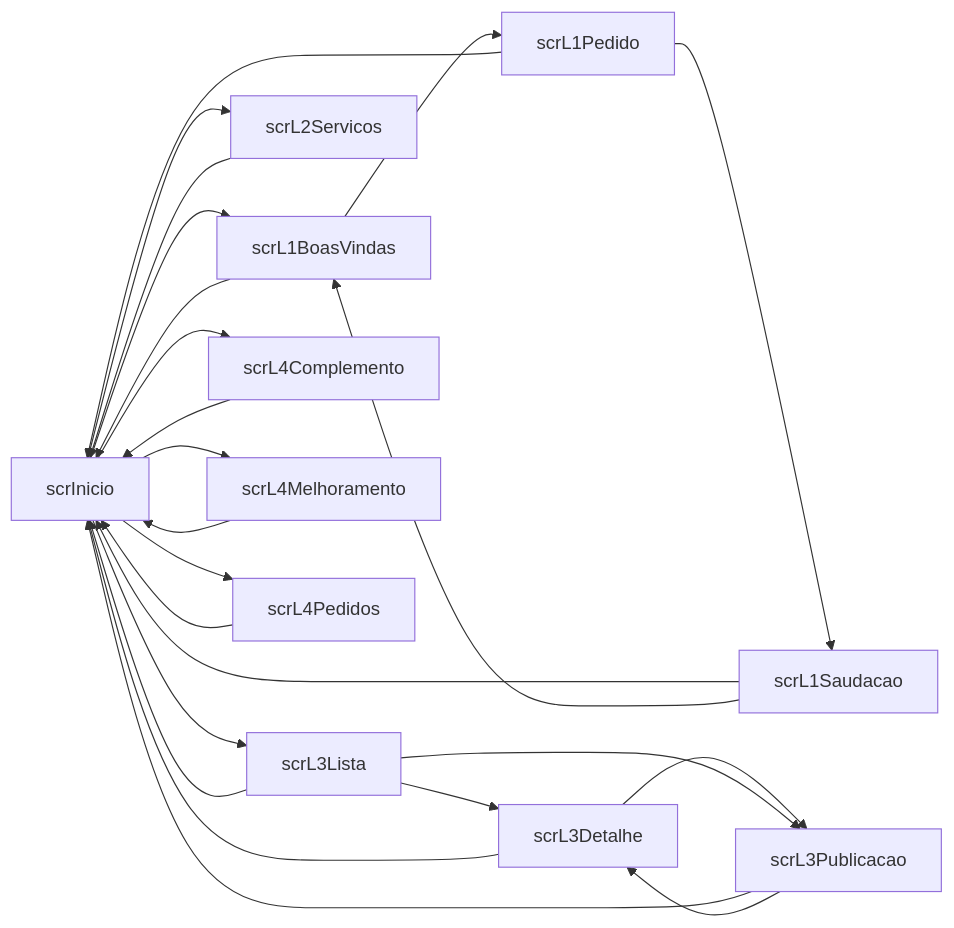
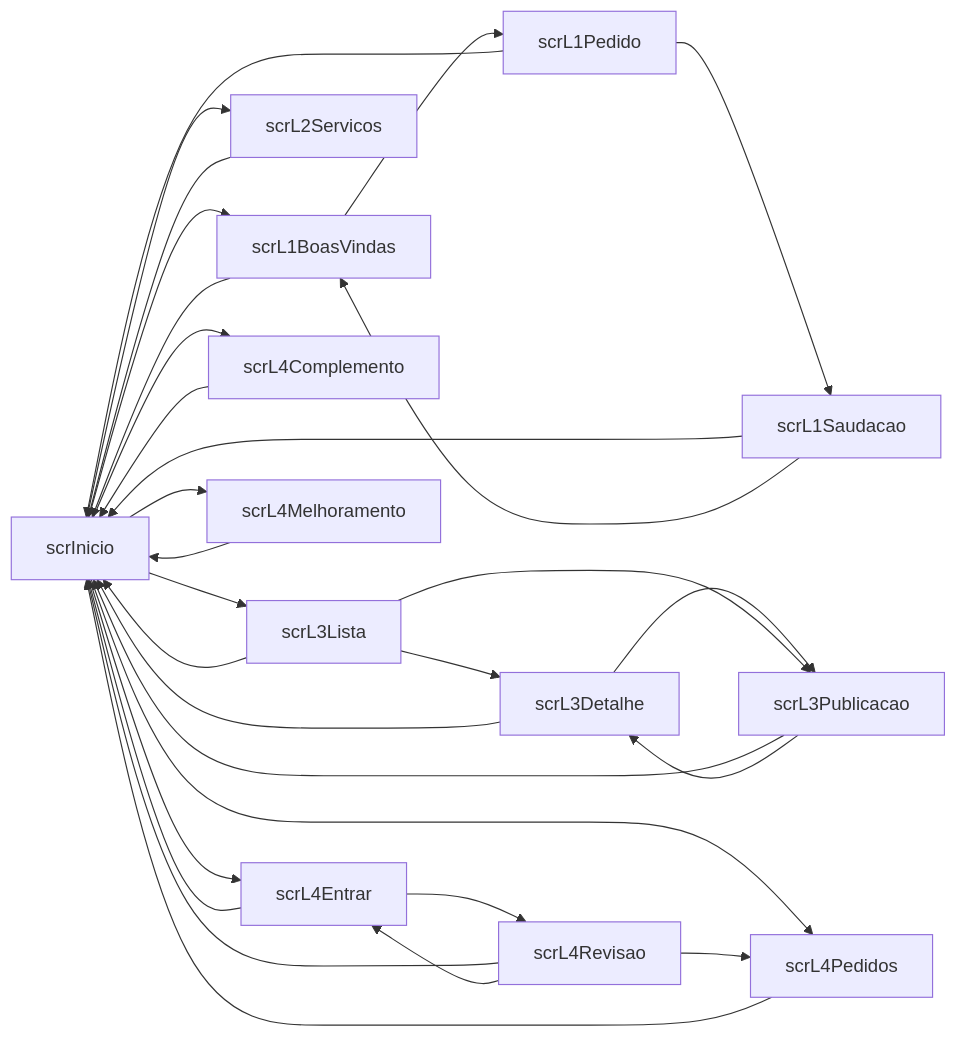
Before and after one commit to RiGuJeCaAb/DAC2627: the diagram in docs/inventario.md, drawn with Mermaid. The commit also changed other lines of this file and 14 other files, not shown here.

````diff
--- a/docs/inventario.md
+++ b/docs/inventario.md
@@ -9,26 +9,32 @@
 ```mermaid
 flowchart LR
   scrInicio --> scrL1BoasVindas
   scrInicio --> scrL2Servicos
   scrInicio --> scrL3Lista
   scrInicio --> scrL4Complemento
+  scrInicio --> scrL4Entrar
   scrInicio --> scrL4Melhoramento
   scrInicio --> scrL4Pedidos
   scrL1BoasVindas --> scrInicio
   scrL1BoasVindas --> scrL1Pedido
   scrL1Pedido --> scrInicio
   scrL1Pedido --> scrL1Saudacao
   scrL1Saudacao --> scrInicio
   scrL1Saudacao --> scrL1BoasVindas
   scrL2Servicos --> scrInicio
   scrL3Detalhe --> scrInicio
   scrL3Detalhe --> scrL3Publicacao
   scrL3Lista --> scrInicio
   scrL3Lista --> scrL3Detalhe
   scrL3Lista --> scrL3Publicacao
   scrL3Publicacao --> scrInicio
   scrL3Publicacao --> scrL3Detalhe
   scrL4Complemento --> scrInicio
+  scrL4Entrar --> scrInicio
+  scrL4Entrar --> scrL4Revisao
   scrL4Melhoramento --> scrInicio
   scrL4Pedidos --> scrInicio
+  scrL4Revisao --> scrInicio
+  scrL4Revisao --> scrL4Entrar
+  scrL4Revisao --> scrL4Pedidos
 ```
````
